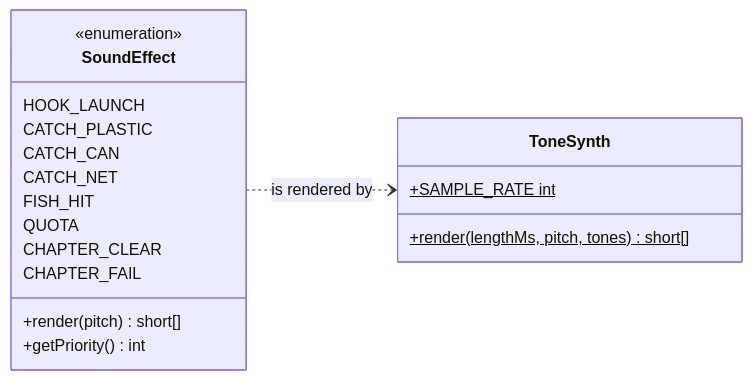
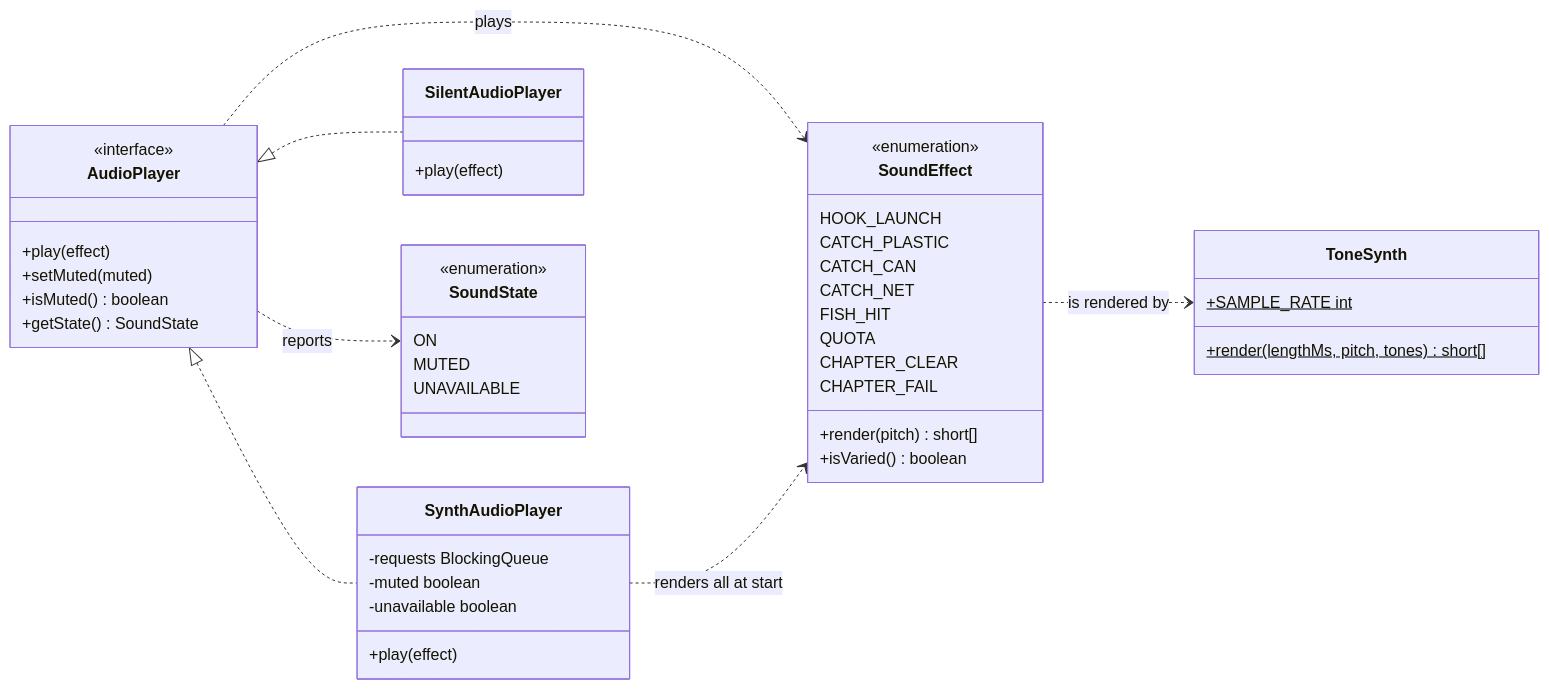
Before and after one commit to NJJAV33/Fish2trash: the sixth of 6 diagrams in docs/class-diagram.md, drawn with Mermaid. The commit also changed other lines of this file and 6 other files, not shown here.

First line of the commit message:
feat(util): add audio player with graceful fallback

````diff
--- a/docs/class-diagram.md
+++ b/docs/class-diagram.md
@@ -618,25 +619,56 @@
 ```mermaid
 classDiagram
     direction LR
 
     class SoundEffect {
         <<enumeration>>
         HOOK_LAUNCH
         CATCH_PLASTIC
         CATCH_CAN
         CATCH_NET
         FISH_HIT
         QUOTA
         CHAPTER_CLEAR
         CHAPTER_FAIL
         +render(pitch) short[]
-        +getPriority() int
+        +isVaried() boolean
     }
 
     class ToneSynth {
         +SAMPLE_RATE int$
         +render(lengthMs, pitch, tones)$ short[]
     }
 
+    class AudioPlayer {
+        <<interface>>
+        +play(effect)
+        +setMuted(muted)
+        +isMuted() boolean
+        +getState() SoundState
+    }
+
+    class SynthAudioPlayer {
+        -requests BlockingQueue
+        -muted boolean
+        -unavailable boolean
+        +play(effect)
+    }
+
+    class SilentAudioPlayer {
+        +play(effect)
+    }
+
+    class SoundState {
+        <<enumeration>>
+        ON
+        MUTED
+        UNAVAILABLE
+    }
+
     SoundEffect ..> ToneSynth : is rendered by
+    AudioPlayer <|.. SynthAudioPlayer
+    AudioPlayer <|.. SilentAudioPlayer
+    AudioPlayer ..> SoundEffect : plays
+    AudioPlayer ..> SoundState : reports
+    SynthAudioPlayer ..> SoundEffect : renders all at start
 ```
````
